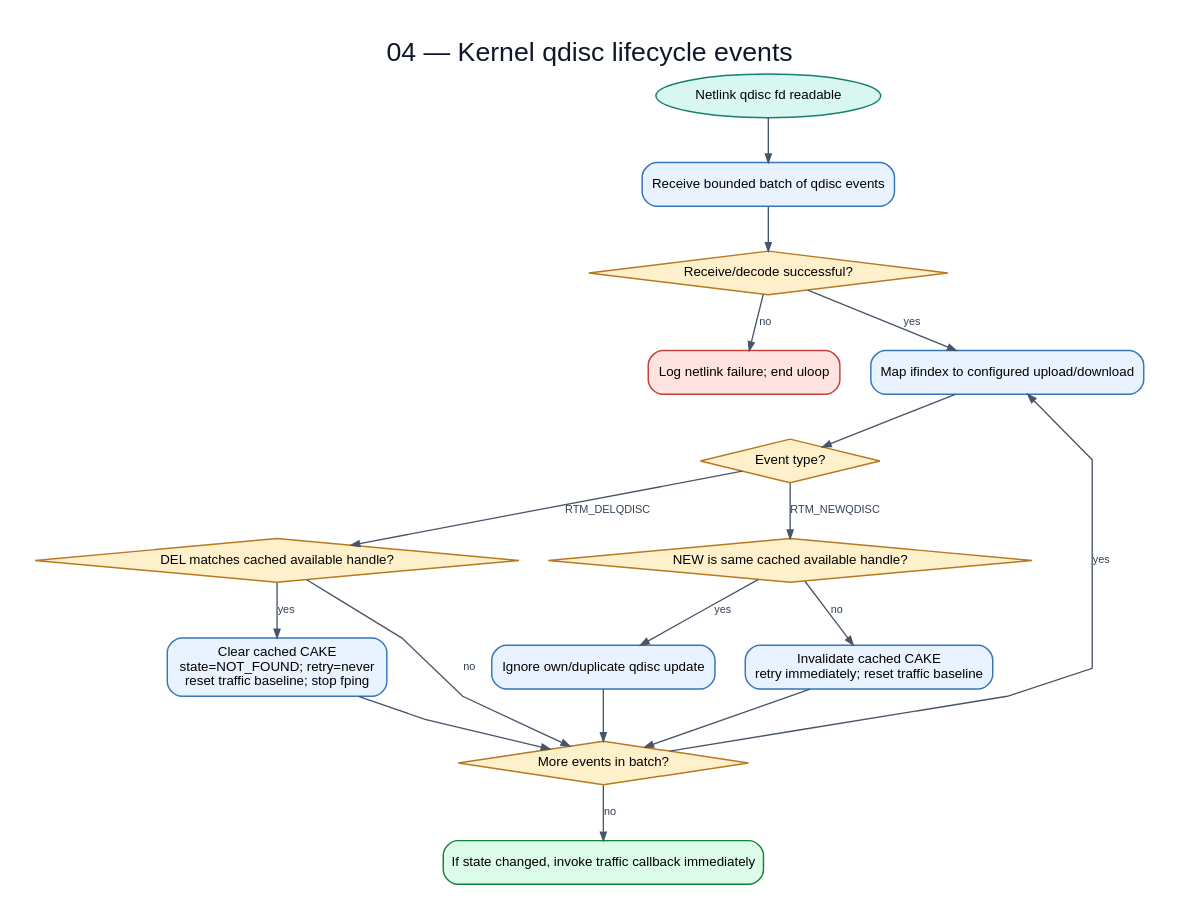
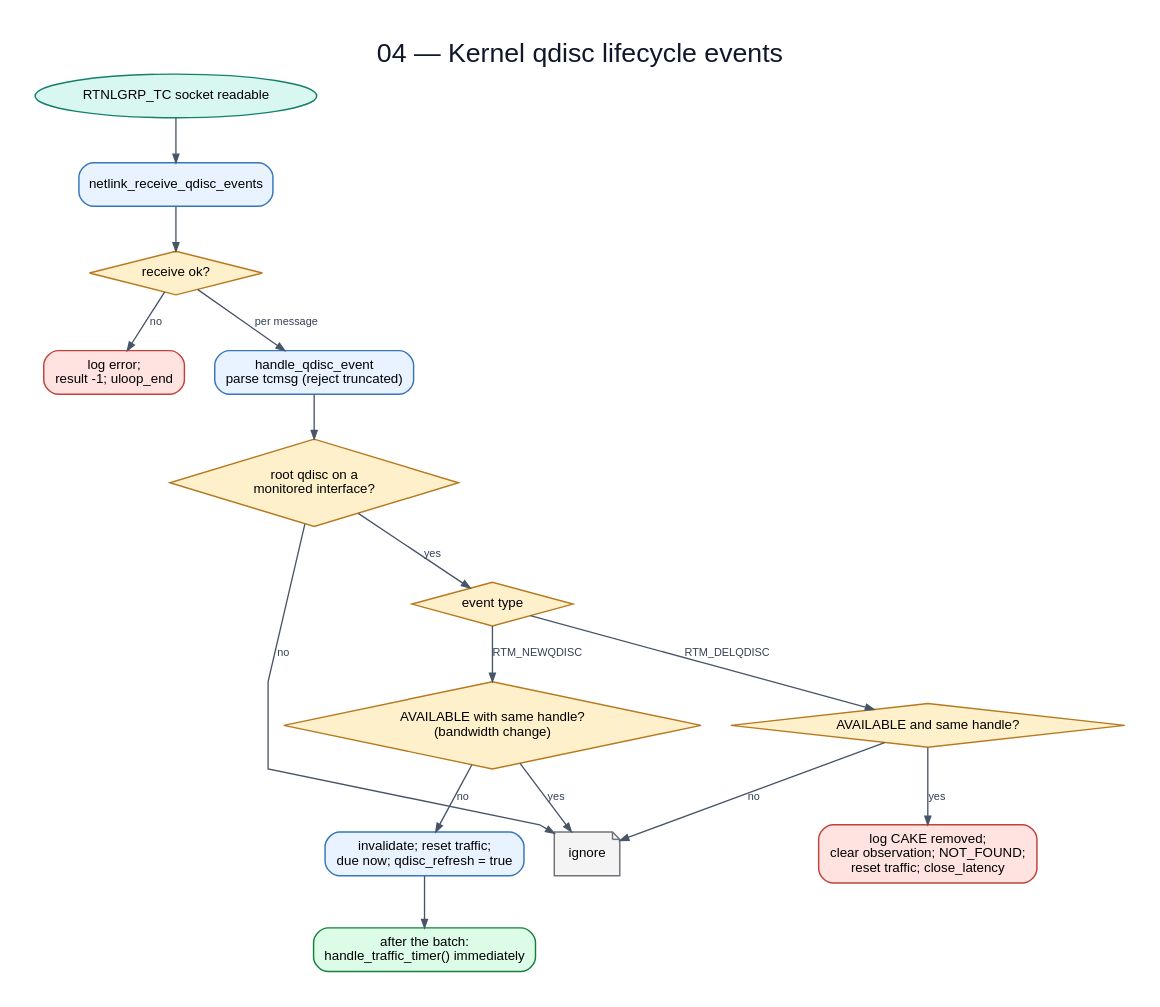
One commit to huydoan94/cake-adapt changed the diagram in flowchart/diagrams/04-qdisc-lifecycle.dot. Above: the diagram before and after it, drawn with Graphviz. The commit also changed 38 other files, not shown here.

First line of the commit message:
Redraw the flowcharts from the current sources

```diff
--- a/flowchart/diagrams/04-qdisc-lifecycle.dot
+++ b/flowchart/diagrams/04-qdisc-lifecycle.dot
@@ -1,34 +1,32 @@
 digraph G {
   graph [rankdir=TB,bgcolor="white",pad="0.30",nodesep="0.35",ranksep="0.48",splines=polyline,fontname="Arial",label="04 — Kernel qdisc lifecycle events",labelloc=t,fontsize=22,fontcolor="#0f172a"];
   node [fontname="Arial",fontsize=11,margin="0.14,0.09",penwidth=1.2];
   edge [fontname="Arial",fontsize=9,color="#475569",fontcolor="#334155",arrowsize=0.7,penwidth=1.1];
-  event [label="Netlink qdisc fd readable",shape=oval,style="filled",fillcolor="#d9f7f1",color="#17806d"];
-  recv [label="Receive bounded batch of qdisc events",shape=box,style="rounded,filled",fillcolor="#e9f2ff",color="#3676b9"];
-  ok [label="Receive/decode successful?",shape=diamond,style="filled",fillcolor="#fff0cc",color="#b7791f"];
-  fatal [label="Log netlink failure; end uloop",shape=box,style="rounded,filled",fillcolor="#ffe3e0",color="#c2413b"];
-  match [label="Map ifindex to configured upload/download",shape=box,style="rounded,filled",fillcolor="#e9f2ff",color="#3676b9"];
-  type [label="Event type?",shape=diamond,style="filled",fillcolor="#fff0cc",color="#b7791f"];
-  delmatch [label="DEL matches cached available handle?",shape=diamond,style="filled",fillcolor="#fff0cc",color="#b7791f"];
-  clear [label="Clear cached CAKE\nstate=NOT_FOUND; retry=never\nreset traffic baseline; stop fping",shape=box,style="rounded,filled",fillcolor="#e9f2ff",color="#3676b9"];
-  newmatch [label="NEW is same cached available handle?",shape=diamond,style="filled",fillcolor="#fff0cc",color="#b7791f"];
-  ignore [label="Ignore own/duplicate qdisc update",shape=box,style="rounded,filled",fillcolor="#e9f2ff",color="#3676b9"];
-  invalidate [label="Invalidate cached CAKE\nretry immediately; reset traffic baseline",shape=box,style="rounded,filled",fillcolor="#e9f2ff",color="#3676b9"];
-  more [label="More events in batch?",shape=diamond,style="filled",fillcolor="#fff0cc",color="#b7791f"];
-  refresh [label="If state changed, invoke traffic callback immediately",shape=box,style="rounded,filled,bold",fillcolor="#dcfce7",color="#15803d"];
-  event -> recv;
-  recv -> ok;
-  ok -> fatal [label="no"];
-  ok -> match [label="yes"];
-  match -> type;
+  fd [label="RTNLGRP_TC socket readable",shape=oval,style="filled",fillcolor="#d9f7f1",color="#17806d"];
+  recv [label="netlink_receive_qdisc_events",shape=box,style="rounded,filled",fillcolor="#e9f2ff",color="#3676b9"];
+  recvok [label="receive ok?",shape=diamond,style="filled",fillcolor="#fff0cc",color="#b7791f"];
+  fatal [label="log error;\nresult -1; uloop_end",shape=box,style="rounded,filled",fillcolor="#ffe3e0",color="#c2413b"];
+  parse [label="handle_qdisc_event\nparse tcmsg (reject truncated)",shape=box,style="rounded,filled",fillcolor="#e9f2ff",color="#3676b9"];
+  match [label="root qdisc on a\nmonitored interface?",shape=diamond,style="filled",fillcolor="#fff0cc",color="#b7791f"];
+  ignore [label="ignore",shape=note,style="filled",fillcolor="#f4f4f5",color="#71717a"];
+  type [label="event type",shape=diamond,style="filled",fillcolor="#fff0cc",color="#b7791f"];
+  delmatch [label="AVAILABLE and same handle?",shape=diamond,style="filled",fillcolor="#fff0cc",color="#b7791f"];
+  removed [label="log CAKE removed;\nclear observation; NOT_FOUND;\nreset traffic; close_latency",shape=box,style="rounded,filled",fillcolor="#ffe3e0",color="#c2413b"];
+  same [label="AVAILABLE with same handle?\n(bandwidth change)",shape=diamond,style="filled",fillcolor="#fff0cc",color="#b7791f"];
+  refresh [label="invalidate; reset traffic;\ndue now; qdisc_refresh = true",shape=box,style="rounded,filled",fillcolor="#e9f2ff",color="#3676b9"];
+  cycle [label="after the batch:\nhandle_traffic_timer() immediately",shape=box,style="rounded,filled,bold",fillcolor="#dcfce7",color="#15803d"];
+  fd -> recv;
+  recv -> recvok;
+  recvok -> fatal [label="no"];
+  recvok -> parse [label="per message"];
+  parse -> match;
+  match -> ignore [label="no"];
+  match -> type [label="yes"];
   type -> delmatch [label="RTM_DELQDISC"];
-  type -> newmatch [label="RTM_NEWQDISC"];
-  delmatch -> clear [label="yes"];
-  delmatch -> more [label="no"];
-  newmatch -> ignore [label="yes"];
-  newmatch -> invalidate [label="no"];
-  clear -> more;
-  ignore -> more;
-  invalidate -> more;
-  more -> match [label="yes"];
-  more -> refresh [label="no"];
+  delmatch -> removed [label="yes"];
+  delmatch -> ignore [label="no"];
+  type -> same [label="RTM_NEWQDISC"];
+  same -> ignore [label="yes"];
+  same -> refresh [label="no"];
+  refresh -> cycle;
 }
```
